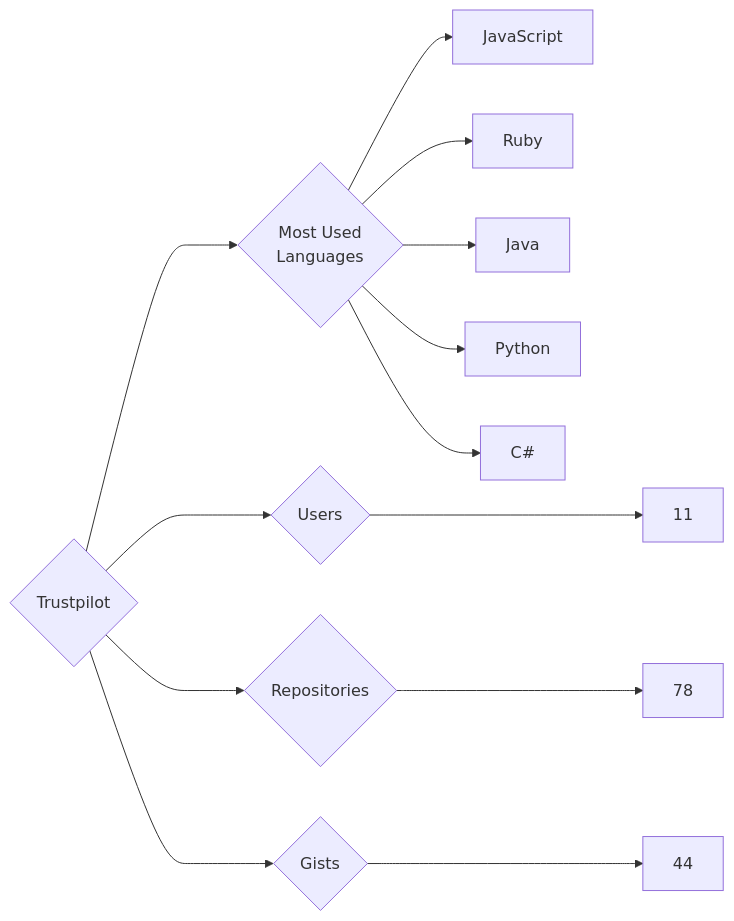
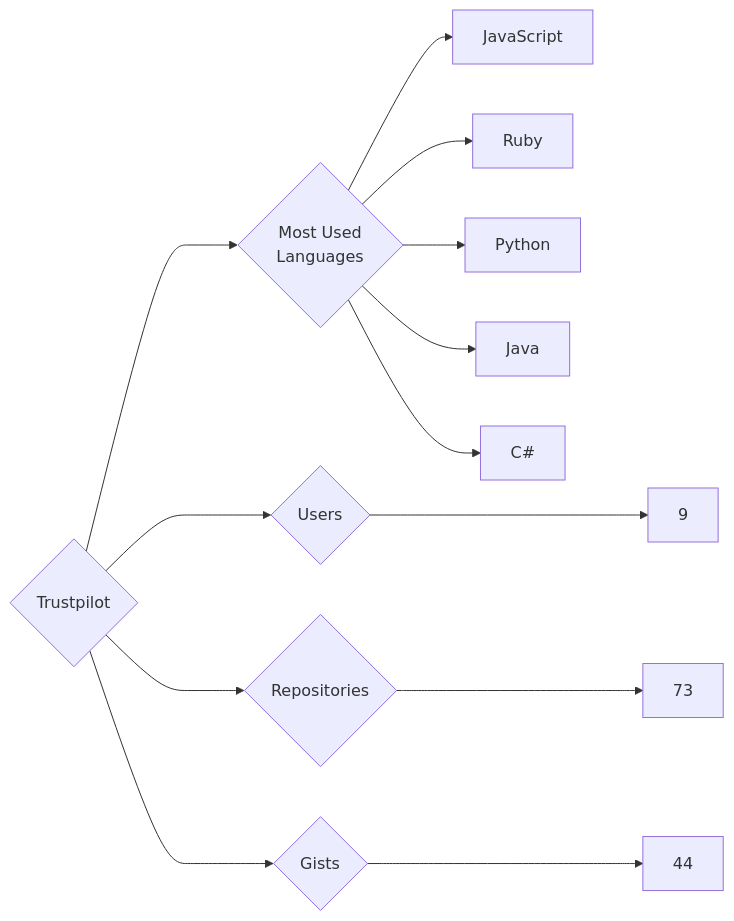
The diagram in targets/Trustpilot/README.md (trickest/insiders), drawn with Mermaid before and after one commit. The commit also changed 814 other files, not shown here.

````diff
--- a/targets/Trustpilot/README.md
+++ b/targets/Trustpilot/README.md
@@ -3,13 +3,13 @@
 ```mermaid
 graph LR
 COMPANY_NAME{Trustpilot}
-COMPANY_NAME ---> U{Users} ---> UN[11]
-COMPANY_NAME ---> R{Repositories} ---> RN[78]
+COMPANY_NAME ---> U{Users} ---> UN[9]
+COMPANY_NAME ---> R{Repositories} ---> RN[73]
 COMPANY_NAME ---> G{Gists} ---> GN[44]
 COMPANY_NAME ---> ML{Most Used<br>Languages}
 ML --> JavaScript[JavaScript]
 ML --> Ruby[Ruby]
+ML --> Python[Python]
 ML --> Java[Java]
-ML --> Python[Python]
 ML --> C#[C#]
 ```
````
